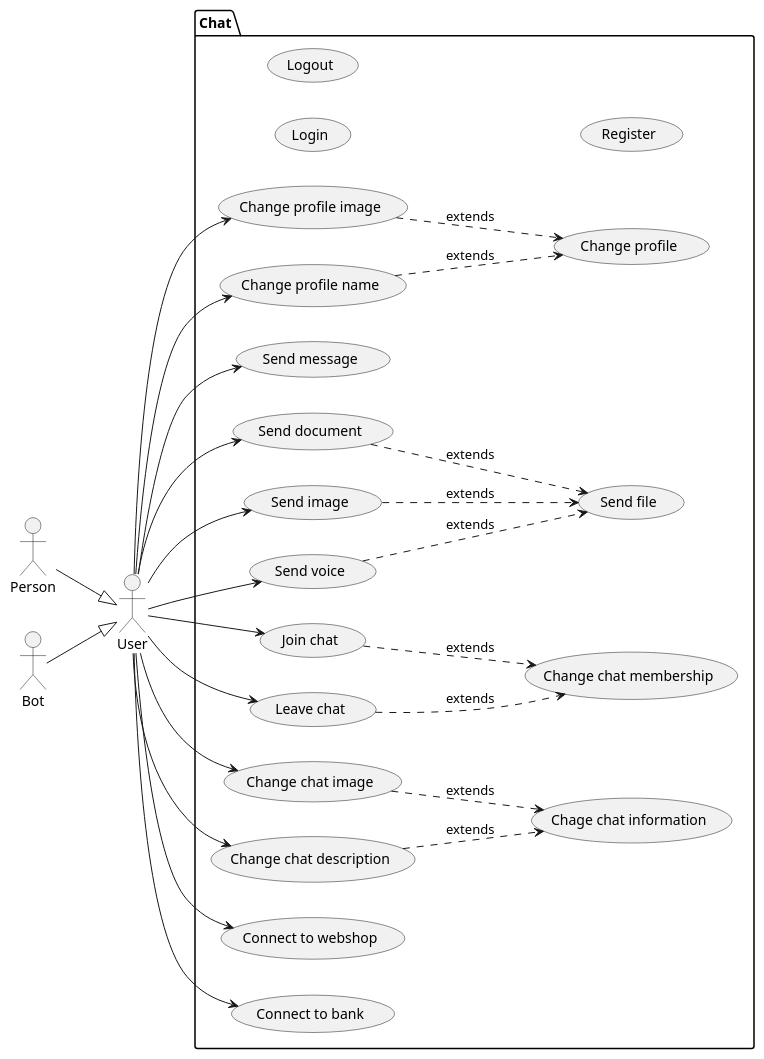
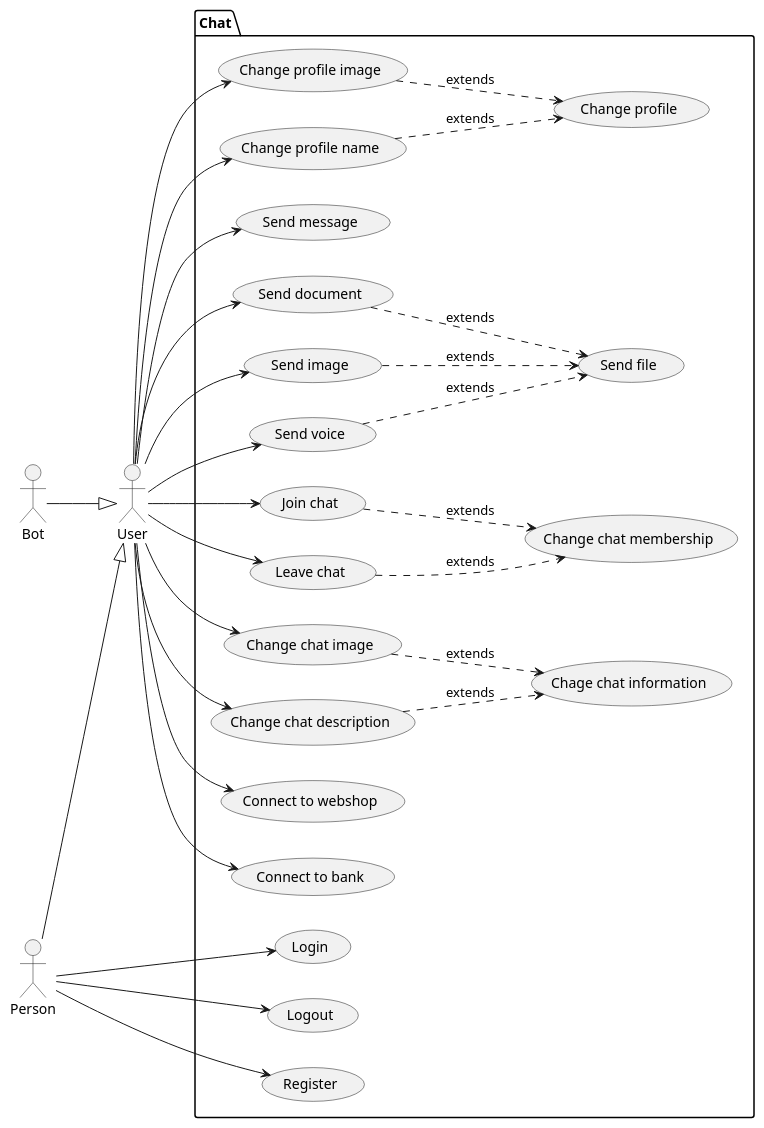
One commit to bbenno/oth-sw changed the diagram in src/doc/uml-usecase.puml. Above: the diagram before and after it, drawn with PlantUML.

Commit message:
Connect unconnected use cases to actor person

```diff
--- a/src/doc/uml-usecase.puml
+++ b/src/doc/uml-usecase.puml
@@ -1,61 +1,64 @@
 @startuml chat
 left to right direction
 
 ' actors
 actor "User" as u
 actor "Person" as p
 actor "Bot" as b
 
 ' actor hierarchy
 p -down-|> u
 b -down-|> u
 
 ' use cases
 package "Chat" {
   usecase "Login" as oUC1
   usecase "Logout" as oUC2
   usecase "Register" as oUC3
   usecase "Change profile image" as oUC4
   usecase "Change profile name" as oUC5
   usecase "Change profile" as oeUC1
   oUC4 ..> oeUC1 : extends
   oUC5 ..> oeUC1 : extends
   ' Messaging use cases
   usecase "Send message" as mUC1
   usecase "Send file" as mUC2
   usecase "Send document" as mUC3
   usecase "Send image" as mUC4
   usecase "Send voice" as mUC5
   mUC3 ..> mUC2 : extends
   mUC4 ..> mUC2 : extends
   mUC5 ..> mUC2 : extends
   ' Chating use cases
   usecase "Join chat" as cUC1
   usecase "Leave chat" as cUC2
   usecase "Change chat membership" as ceUC2
   usecase "Change chat image" as cUC3
   usecase "Change chat description" as cUC4
   usecase "Chage chat information" as ceUC1
   cUC1 ..> ceUC2 : extends
   cUC2 ..> ceUC2 : extends
   cUC3 ..> ceUC1 : extends
   cUC4 ..> ceUC1 : extends
   ' Connecting to partners use cases
   usecase "Connect to webshop" as pUC1
   usecase "Connect to bank" as pUC2
 }
 
 '  link actor User with use cases
+p --> oUC1
+p --> oUC2
+p --> oUC3
 u --> oUC4
 u --> oUC5
 u --> mUC1
 u --> mUC3
 u --> mUC4
 u --> mUC5
 u --> cUC1
 u --> cUC2
 u --> cUC3
 u --> cUC4
 u --> pUC1
 u --> pUC2
 @enduml
```
